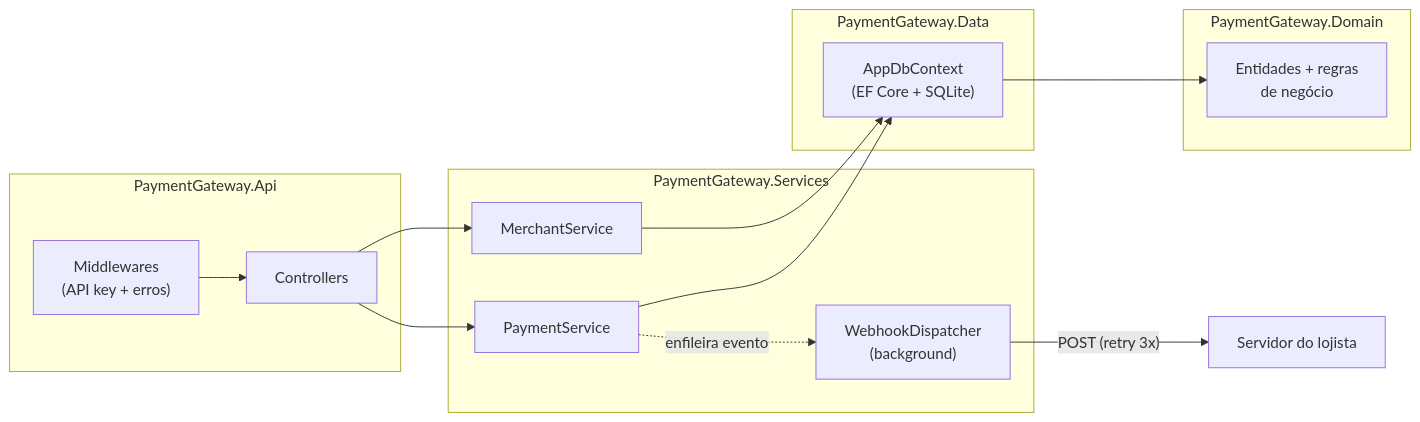
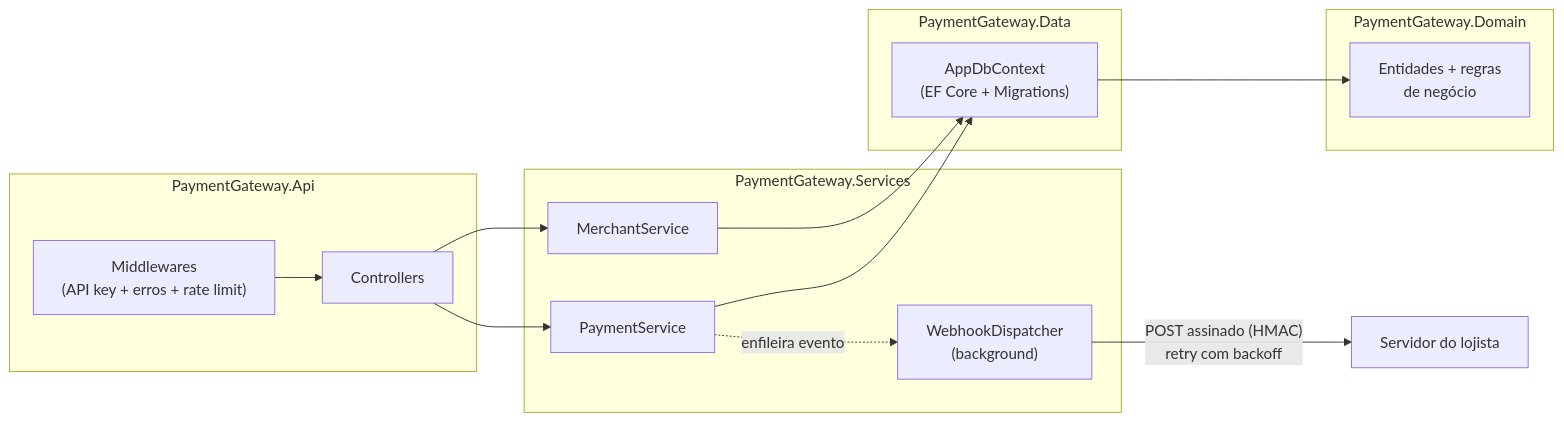
Before and after one commit to neemiasjls/payment-api: the diagram in README.md, drawn with Mermaid. The commit also changed other lines of this file, not shown here.

First line of the commit message:
Atualiza README com os novos recursos

````diff
--- a/README.md
+++ b/README.md
@@ -20,23 +37,23 @@
 ```mermaid
 graph LR
     subgraph API["PaymentGateway.Api"]
-        MW["Middlewares<br/>(API key + erros)"] --> C["Controllers"]
+        MW["Middlewares<br/>(API key + erros + rate limit)"] --> C["Controllers"]
     end
     subgraph SVC["PaymentGateway.Services"]
         PS["PaymentService"]
         MS["MerchantService"]
         WD["WebhookDispatcher<br/>(background)"]
     end
     subgraph DATA["PaymentGateway.Data"]
-        DB["AppDbContext<br/>(EF Core + SQLite)"]
+        DB["AppDbContext<br/>(EF Core + Migrations)"]
     end
     subgraph DOM["PaymentGateway.Domain"]
         E["Entidades + regras<br/>de negócio"]
     end
 
     C --> PS & MS
     PS -. enfileira evento .-> WD
     PS & MS --> DB
     DB --> E
-    WD -- "POST (retry 3x)" --> EXT["Servidor do lojista"]
+    WD -- "POST assinado (HMAC)<br/>retry com backoff" --> EXT["Servidor do lojista"]
 ```
````
